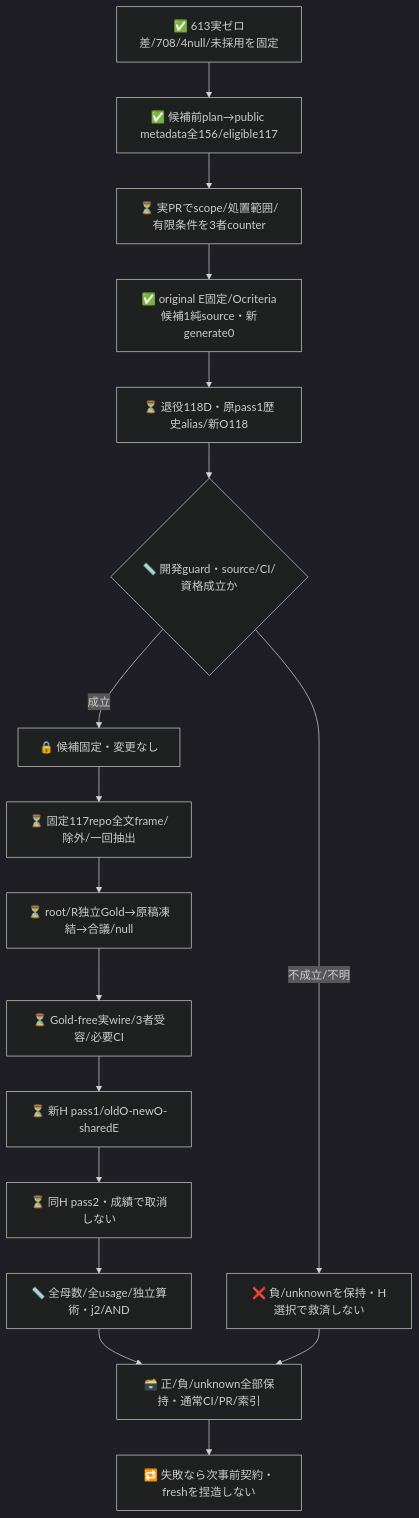
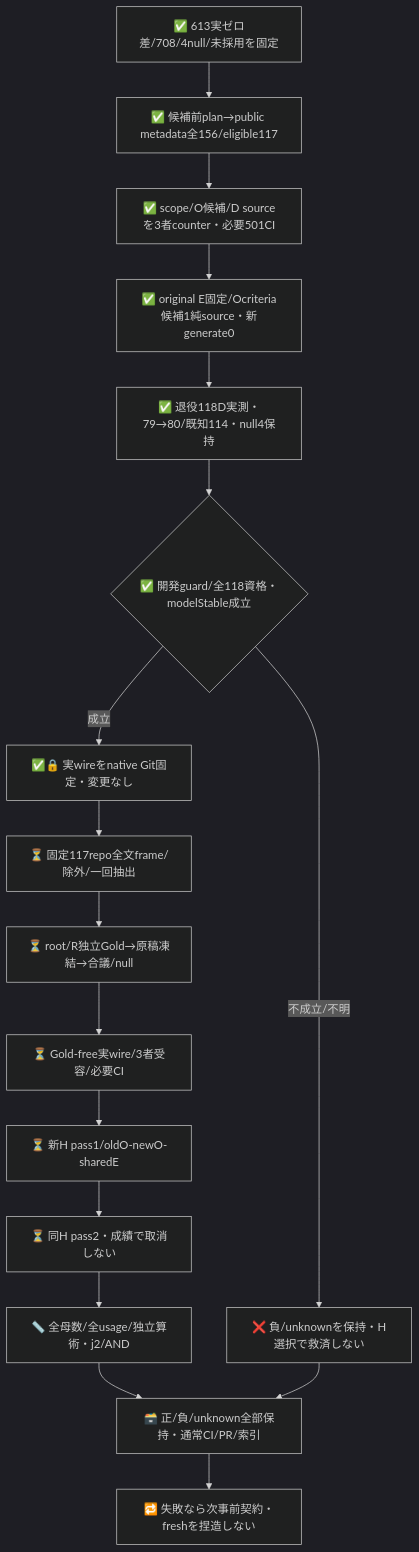
Before and after one commit to roccho-org/ops: the second of 2 diagrams in experiments/sys1-eval-loop/observation/README.md, drawn with Mermaid (dark theme). The commit also changed other lines of this file and 14 other files, not shown here.

````diff
--- a/experiments/sys1-eval-loop/observation/README.md
+++ b/experiments/sys1-eval-loop/observation/README.md
@@ -61,19 +79,19 @@
 ```mermaid
 flowchart TB
   OLD["✅ 613実ゼロ差/708/4null/未採用を固定"] --> META["✅ 候補前plan→public metadata全156/eligible117"]
-  META --> REVIEW["⏳ 実PRでscope/処置範囲/有限条件を3者counter"]
+  META --> REVIEW["✅ scope/O候補/D sourceを3者counter・必要501CI"]
   REVIEW --> C["✅ original E固定/Ocriteria候補1純source・新generate0"]
-  C --> D["⏳ 退役118D・原pass1歴史alias/新O118"]
-  D --> DG{"📏 開発guard・source/CI/資格成立か"}
+  C --> D["✅ 退役118D実測・79→80/既知114・null4保持"]
+  D --> DG{"✅ 開発guard/全118資格・modelStable成立"}
   DG -->|不成立/不明| NEG["❌ 負/unknownを保持・H選択で救済しない"]
-  DG -->|成立| FREEZE["🔒 候補固定・変更なし"]
+  DG -->|成立| FREEZE["✅🔒 実wireをnative Git固定・変更なし"]
   FREEZE --> FRAME["⏳ 固定117repo全文frame/除外/一回抽出"]
   FRAME --> GOLD["⏳ root/R独立Gold→原稿凍結→合議/null"]
   GOLD --> SOURCE["⏳ Gold-free実wire/3者受容/必要CI"]
   SOURCE --> P1["⏳ 新H pass1/oldO-newO-sharedE"]
   P1 --> P2["⏳ 同H pass2・成績で取消しない"]
   P2 --> SCORE["📏 全母数/全usage/独立算術・j2/AND"]
   SCORE --> END["🗃️ 正/負/unknown全部保持・通常CI/PR/索引"]
   NEG --> END
   END --> NEXT["🔁 失敗なら次事前契約・freshを捏造しない"]
 ```
````
